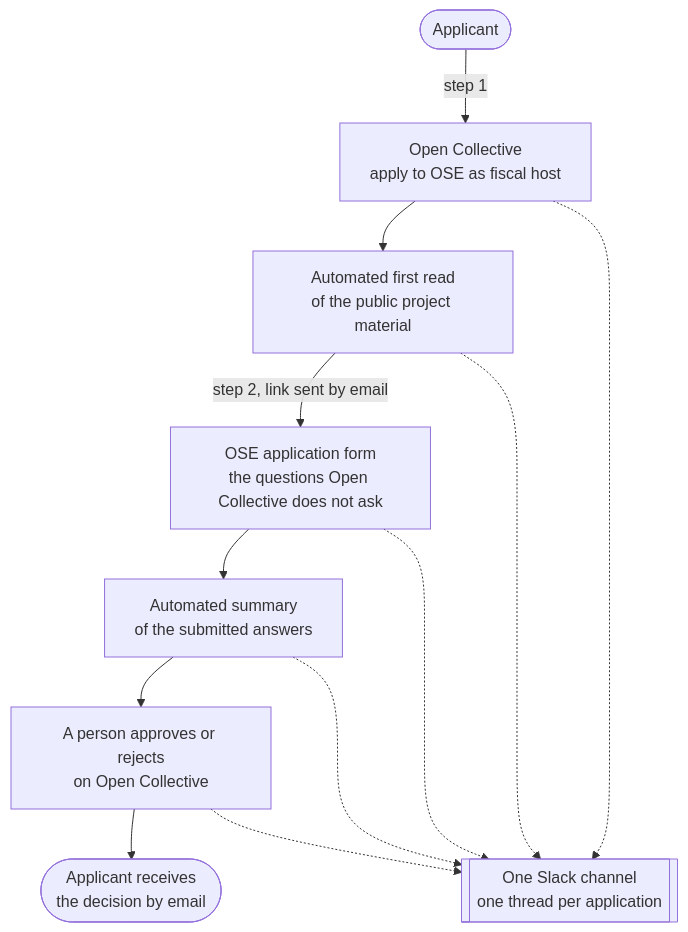
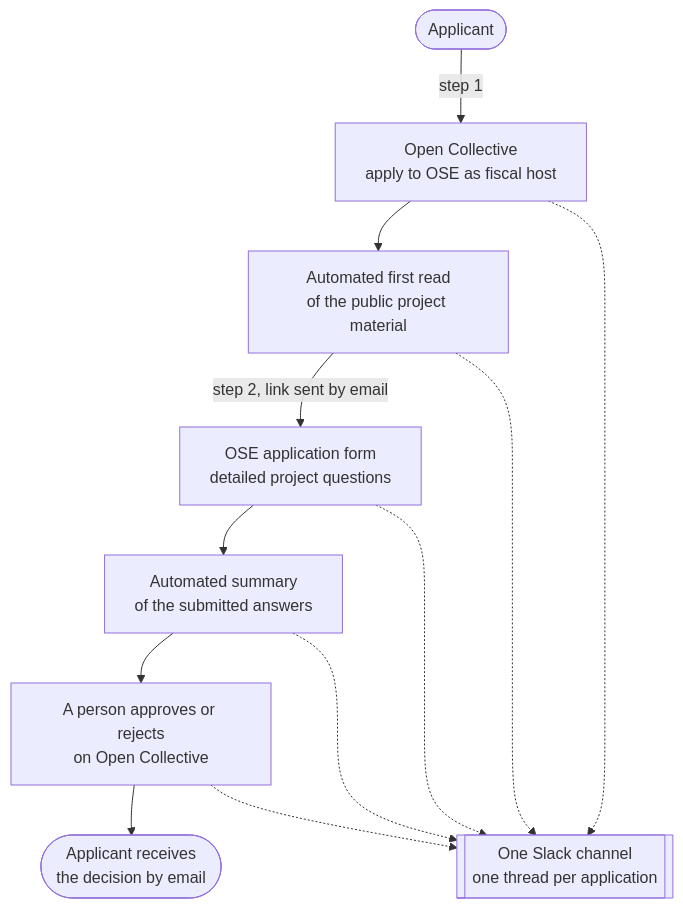
The diagram in README.md (opensourceeurope/community), drawn with Mermaid before and after one commit. The commit also changed other lines of this file, not shown here.

Commit message:
docs: the form collects more detail, it does not fill an Open Collective gap

````diff
--- a/README.md
+++ b/README.md
@@ -16,17 +16,17 @@
 ```mermaid
 flowchart TD
     A(["Applicant"]) -->|"step 1"| OC["Open Collective<br>apply to OSE as fiscal host"]
     OC --> AI["Automated first read<br>of the public project material"]
-    AI -->|"step 2, link sent by email"| FORM["OSE application form<br>the questions Open Collective does not ask"]
+    AI -->|"step 2, link sent by email"| FORM["OSE application form<br>detailed project questions"]
     FORM --> SUM["Automated summary<br>of the submitted answers"]
     SUM --> DEC["A person approves or rejects<br>on Open Collective"]
     DEC --> MAIL(["Applicant receives<br>the decision by email"])
 
     OC -.-> SL
     AI -.-> SL
     FORM -.-> SL
     SUM -.-> SL
     DEC -.-> SL
 
     SL[["One Slack channel<br>one thread per application"]]
 ```
````
